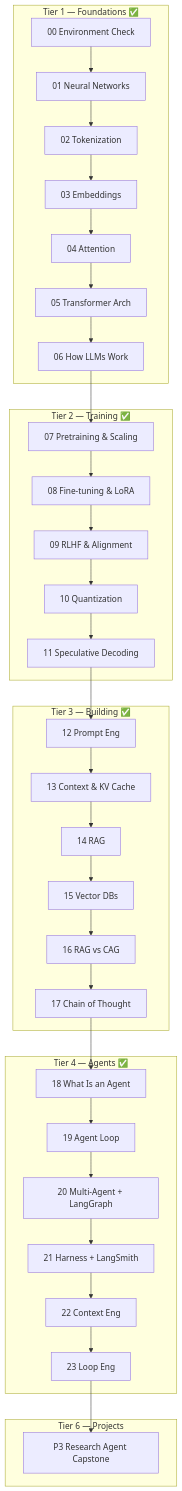
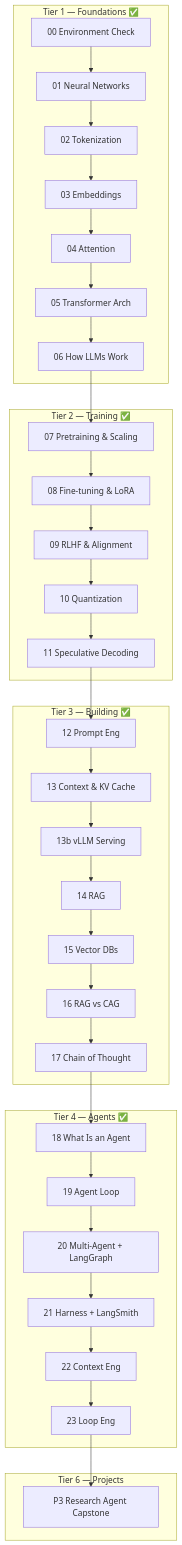
The diagram in README.md (itaizg/rag-learning), drawn with Mermaid before and after one commit. The commit also changed other lines of this file and 5 other files, not shown here.

````diff
--- a/README.md
+++ b/README.md
@@ -21,27 +21,27 @@
 ```mermaid
 graph TD
     subgraph T1["Tier 1 — Foundations ✅"]
         N00[00 Environment Check] --> N01[01 Neural Networks]
         N01 --> N02[02 Tokenization] --> N03[03 Embeddings]
         N03 --> N04[04 Attention] --> N05[05 Transformer Arch] --> N06[06 How LLMs Work]
     end
     subgraph T2["Tier 2 — Training ✅"]
         N07[07 Pretraining & Scaling] --> N08[08 Fine-tuning & LoRA]
         N08 --> N09[09 RLHF & Alignment] --> N10[10 Quantization] --> N11[11 Speculative Decoding]
     end
     subgraph T3["Tier 3 — Building ✅"]
-        N12[12 Prompt Eng] --> N13[13 Context & KV Cache] --> N14[14 RAG]
+        N12[12 Prompt Eng] --> N13[13 Context & KV Cache] --> N13b[13b vLLM Serving] --> N14[14 RAG]
         N14 --> N15[15 Vector DBs] --> N16[16 RAG vs CAG] --> N17[17 Chain of Thought]
     end
     subgraph T4["Tier 4 — Agents ✅"]
         N18[18 What Is an Agent] --> N19[19 Agent Loop] --> N20[20 Multi-Agent + LangGraph]
         N20 --> N21[21 Harness + LangSmith] --> N22[22 Context Eng] --> N23[23 Loop Eng]
     end
     subgraph T6["Tier 6 — Projects"]
         P3[P3 Research Agent Capstone]
     end
     N06 --> N07
     N11 --> N12
     N17 --> N18
     N23 --> P3
 ```
````
